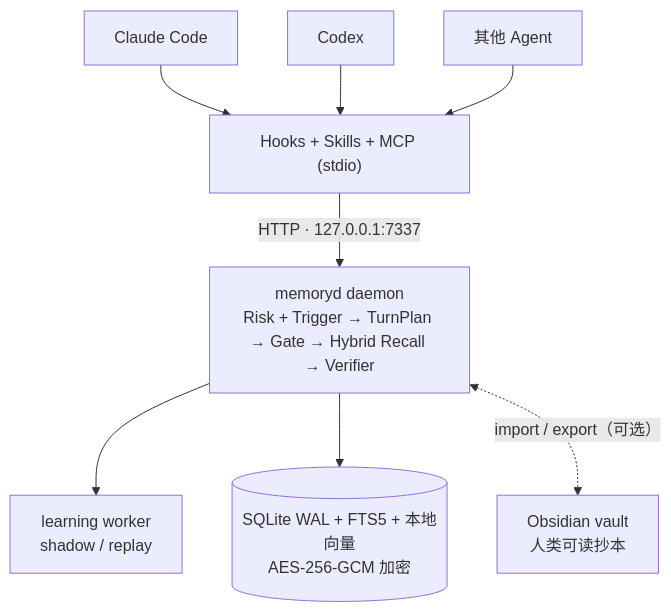
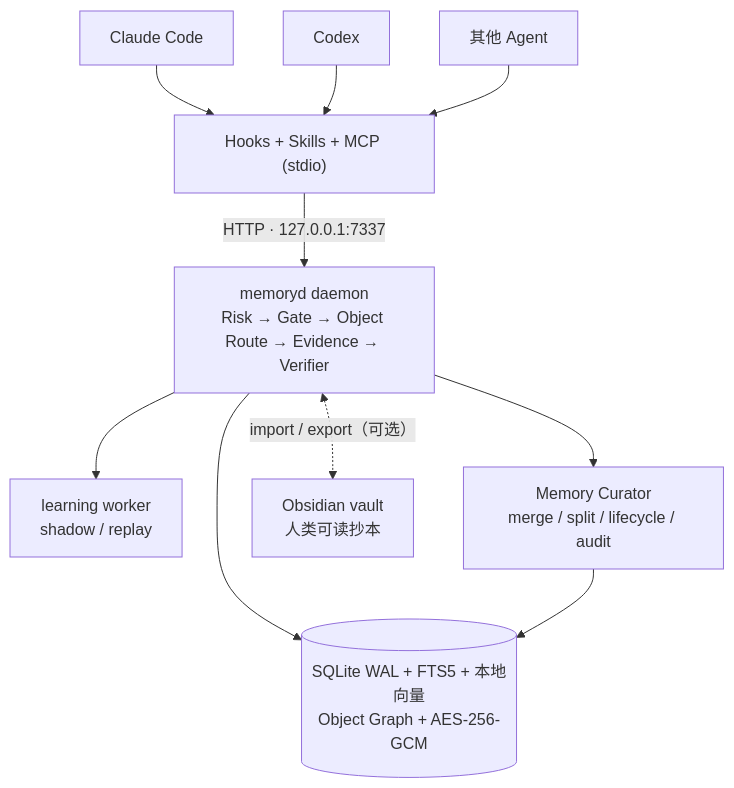
The third of 3 diagrams in README.md (MattSureham/memoryd), drawn with Mermaid before and after one commit. The commit also changed other lines of this file and 34 other files, not shown here.

Commit message:
feat: add adaptive self-evolving memory architecture

````diff
--- a/README.md
+++ b/README.md
@@ -91,8 +110,10 @@
 ```mermaid
 flowchart TD
     CC["Claude Code"] & CX["Codex"] & AG["其他 Agent"] --> HK["Hooks + Skills + MCP (stdio)"]
-    HK -->|"HTTP · 127.0.0.1:7337"| D["memoryd daemon<br/>Risk + Trigger → TurnPlan → Gate → Hybrid Recall → Verifier"]
+    HK -->|"HTTP · 127.0.0.1:7337"| D["memoryd daemon<br/>Risk → Gate → Object Route → Evidence → Verifier"]
     D --> LW["learning worker<br/>shadow / replay"]
-    D --> DB[("SQLite WAL + FTS5 + 本地向量<br/>AES-256-GCM 加密")]
+    D --> CU["Memory Curator<br/>merge / split / lifecycle / audit"]
+    D --> DB[("SQLite WAL + FTS5 + 本地向量<br/>Object Graph + AES-256-GCM")]
+    CU --> DB
     D <-.->|"import / export（可选）"| OB["Obsidian vault<br/>人类可读抄本"]
 ```
````
